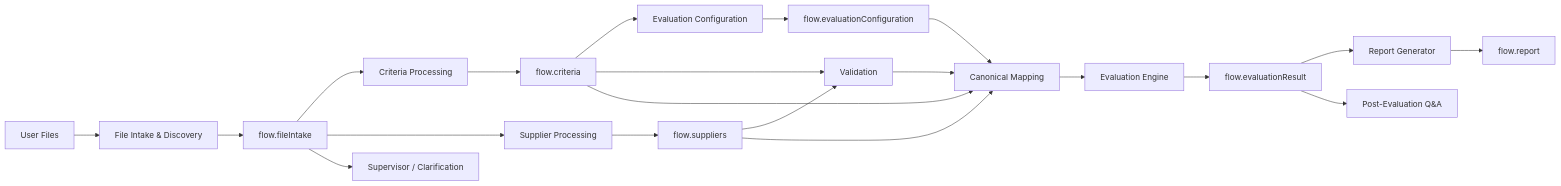
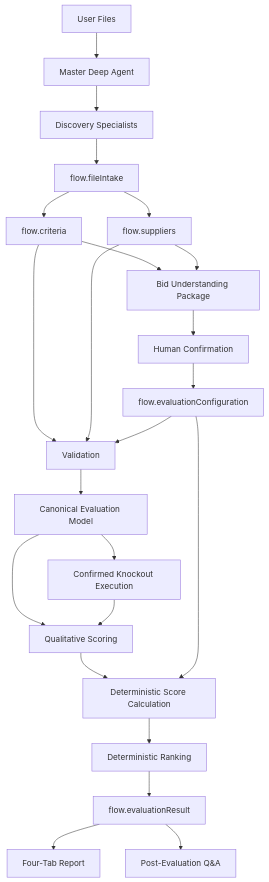
One commit to adityarane-ai/Agentic-Orchestrations changed the first of 2 diagrams in Bid Analysis Agent/05A-Data-Flow-Architecture.md. Above: the diagram before and after it, drawn with Mermaid. The commit also changed other lines of this file, not shown here.

Commit message:
Update data flow for clarification package and frozen configuration

````diff
--- a/Bid Analysis Agent/05A-Data-Flow-Architecture.md
+++ b/Bid Analysis Agent/05A-Data-Flow-Architecture.md
@@ -53,24 +21,26 @@
 ```mermaid
-flowchart LR
+flowchart TD
 
-RawFiles[User Files] --> FileIntake[File Intake & Discovery]
-FileIntake --> flowFileIntake[flow.fileIntake]
-flowFileIntake --> CriteriaProcessing[Criteria Processing]
-flowFileIntake --> SupplierProcessing[Supplier Processing]
-flowFileIntake --> Supervisor[Supervisor / Clarification]
-CriteriaProcessing --> flowCriteria[flow.criteria]
-flowCriteria --> Config[Evaluation Configuration]
-Config --> flowConfig[flow.evaluationConfiguration]
-SupplierProcessing --> flowSuppliers[flow.suppliers]
-flowCriteria --> Validation[Validation]
-flowSuppliers --> Validation
-flowCriteria --> Canonical[Canonical Mapping]
-flowConfig --> Canonical
-flowSuppliers --> Canonical
-Validation --> Canonical
-Canonical --> Evaluation[Evaluation Engine]
-Evaluation --> flowResult[flow.evaluationResult]
-flowResult --> Report[Report Generator]
-Report --> flowReport[flow.report]
-flowResult --> QA[Post-Evaluation Q&A]
+RAW[User Files] --> M[Master Deep Agent]
+M --> FI[Discovery Specialists]
+FI --> FILE[flow.fileIntake]
+FILE --> CRIT[flow.criteria]
+FILE --> SUP[flow.suppliers]
+CRIT --> BP[Bid Understanding Package]
+SUP --> BP
+BP --> HUMAN[Human Confirmation]
+HUMAN --> CFG[flow.evaluationConfiguration]
+CRIT --> VAL[Validation]
+SUP --> VAL
+CFG --> VAL
+VAL --> CAN[Canonical Evaluation Model]
+CAN --> KO[Confirmed Knockout Execution]
+CAN --> QS[Qualitative Scoring]
+KO --> QS
+QS --> SCORE[Deterministic Score Calculation]
+CFG --> SCORE
+SCORE --> RANK[Deterministic Ranking]
+RANK --> RESULT[flow.evaluationResult]
+RESULT --> REPORT[Four-Tab Report]
+RESULT --> QA[Post-Evaluation Q&A]
 ```
````
